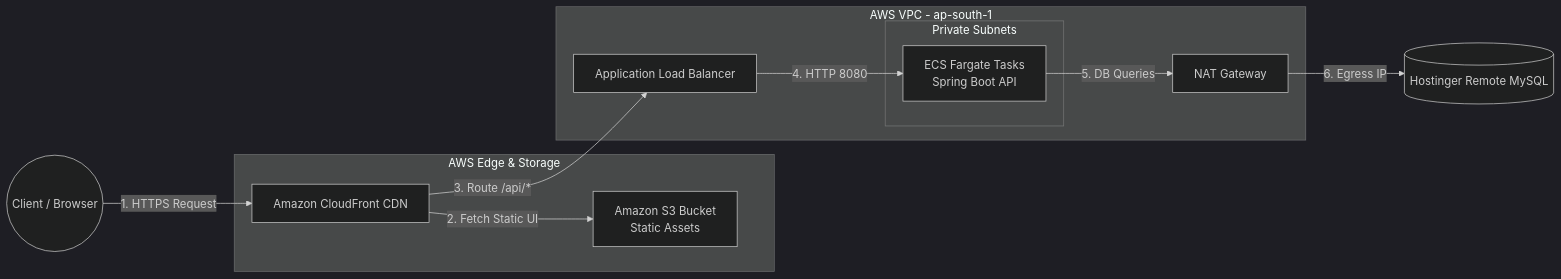
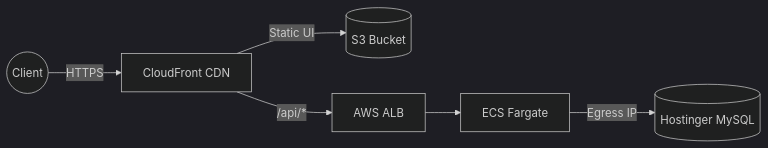
The first of 3 diagrams in README.md (pirates27/frontend), drawn with Mermaid (dark theme) before and after one commit. The commit also changed other lines of this file, not shown here.

````diff
--- a/README.md
+++ b/README.md
@@ -77,28 +77,8 @@
 ```mermaid
 graph LR
-    Client((Client / Browser))
-    
-    subgraph Frontend [AWS Edge & Storage]
-        CF[Amazon CloudFront CDN]
-        S3[Amazon S3 Bucket<br>Static Assets]
-    end
-    
-    subgraph Backend VPC [AWS VPC - ap-south-1]
-        ALB[Application Load Balancer]
-        
-        subgraph Private Subnets
-            ECS[ECS Fargate Tasks<br>Spring Boot API]
-        end
-        
-        NAT[NAT Gateway]
-    end
-    
-    DB[(Hostinger Remote MySQL)]
-
-    Client -->|1. HTTPS Request| CF
-    CF -->|2. Fetch Static UI| S3
-    CF -->|3. Route /api/*| ALB
-    ALB -->|4. HTTP 8080| ECS
-    ECS -->|5. DB Queries| NAT
-    NAT -->|6. Egress IP| DB
+    Client((Client)) -->|HTTPS| CF[CloudFront CDN]
+    CF -->|Static UI| S3[(S3 Bucket)]
+    CF -->|/api/*| ALB[AWS ALB]
+    ALB --> ECS[ECS Fargate]
+    ECS -->|Egress IP| DB[(Hostinger MySQL)]
 ```
````
